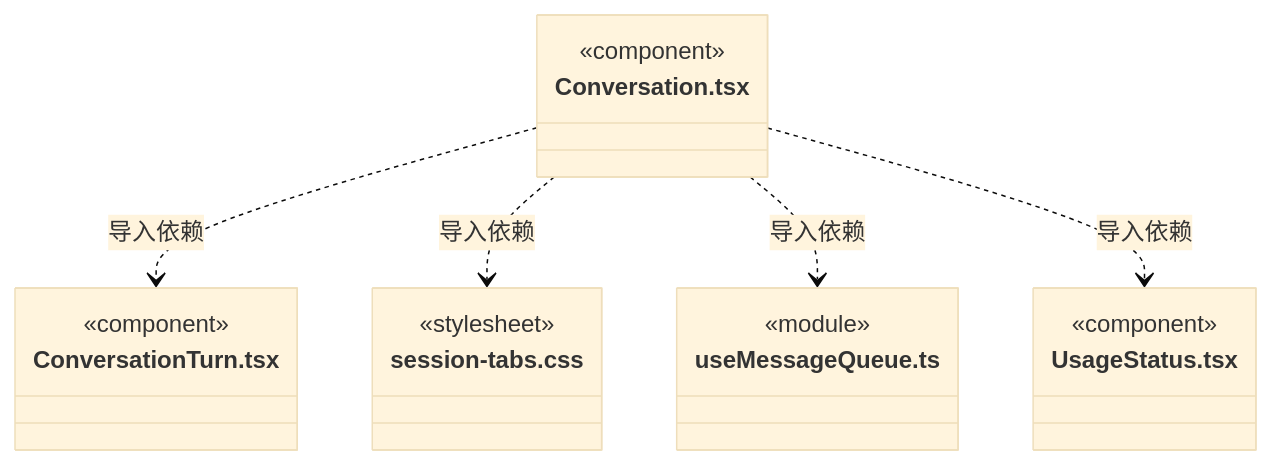
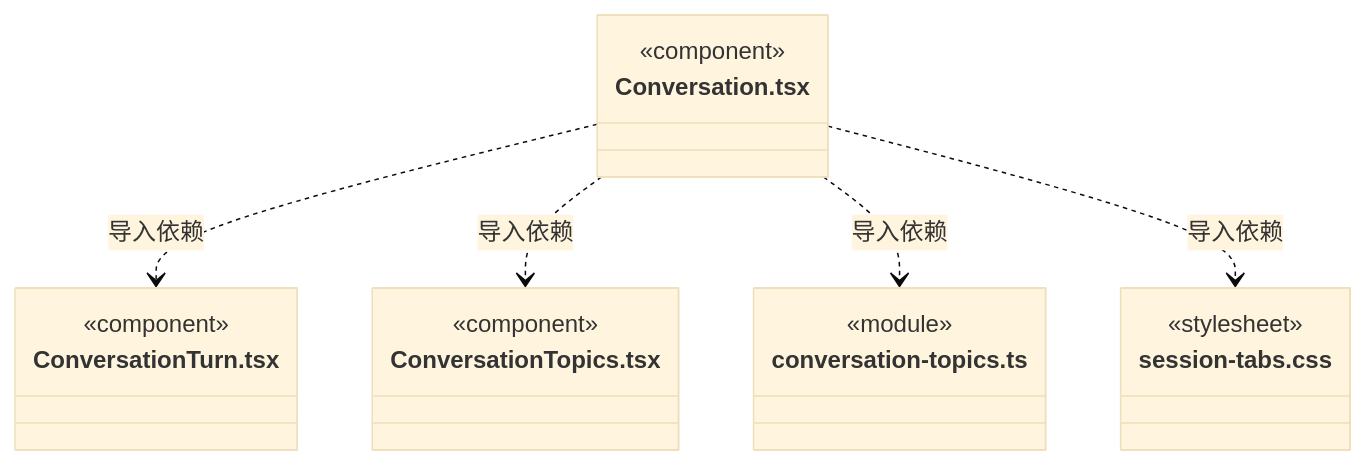
Before and after one commit to nan023062/cbim: diagram 37 of 46 in src/view/conversation/ARCHITECTURE.md, drawn with Mermaid (base theme). The commit also changed other lines of this file and 12 other files, not shown here.

Commit message:
feat: group main conversation records into task topics

````diff
--- a/src/view/conversation/ARCHITECTURE.md
+++ b/src/view/conversation/ARCHITECTURE.md
@@ -468,22 +519,22 @@
 ```mermaid
 classDiagram
 class N_src_view_conversation_Conversation_tsx["Conversation.tsx"] {
   <<component>>
 }
 class N_src_view_conversation_ConversationTurn_tsx["ConversationTurn.tsx"] {
   <<component>>
 }
+class N_src_view_conversation_ConversationTopics_tsx["ConversationTopics.tsx"] {
+  <<component>>
+}
+class N_src_view_conversation_conversation_topics_ts["conversation-topics.ts"] {
+  <<module>>
+}
 class N_src_view_conversation_session_tabs_css["session-tabs.css"] {
   <<stylesheet>>
 }
-class N_src_view_conversation_useMessageQueue_ts["useMessageQueue.ts"] {
-  <<module>>
-}
-class N_src_view_conversation_UsageStatus_tsx["UsageStatus.tsx"] {
-  <<component>>
-}
 N_src_view_conversation_Conversation_tsx ..> N_src_view_conversation_ConversationTurn_tsx : 导入依赖
+N_src_view_conversation_Conversation_tsx ..> N_src_view_conversation_ConversationTopics_tsx : 导入依赖
+N_src_view_conversation_Conversation_tsx ..> N_src_view_conversation_conversation_topics_ts : 导入依赖
 N_src_view_conversation_Conversation_tsx ..> N_src_view_conversation_session_tabs_css : 导入依赖
-N_src_view_conversation_Conversation_tsx ..> N_src_view_conversation_useMessageQueue_ts : 导入依赖
-N_src_view_conversation_Conversation_tsx ..> N_src_view_conversation_UsageStatus_tsx : 导入依赖
 ```
````
